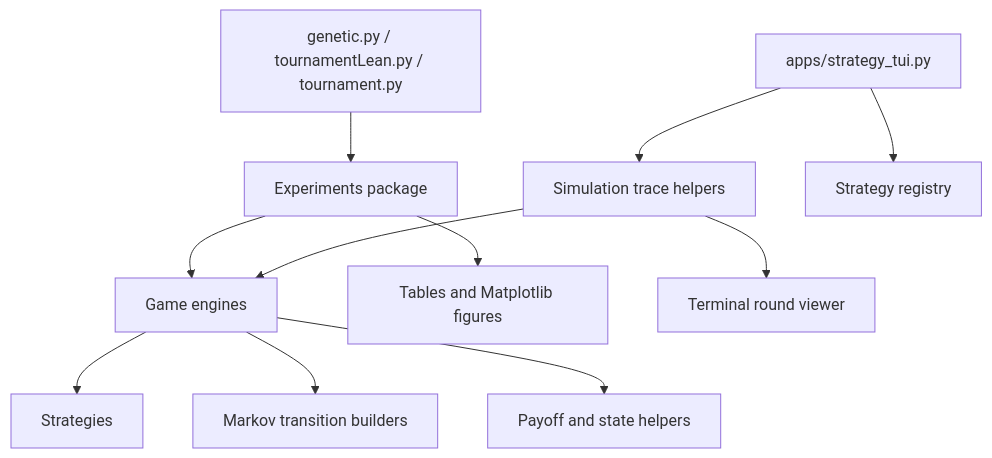
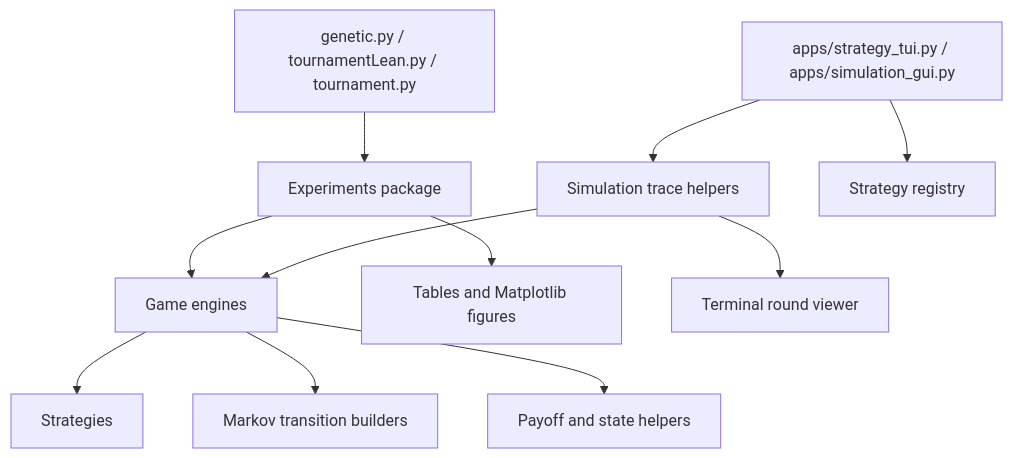
Before and after one commit to joshuachuaaa/Dilemma-Dynamics: the first of 2 diagrams in README.md, drawn with Mermaid. The commit also changed other lines of this file and 2 other files, not shown here.

Commit message:
feat: add lightweight simulation gui

````diff
--- a/README.md
+++ b/README.md
@@ -41,13 +41,13 @@
 ```mermaid
 flowchart TB
     Scripts["genetic.py / tournamentLean.py / tournament.py"] --> Experiments["Experiments package"]
-    Apps["apps/strategy_tui.py"] --> Simulation["Simulation trace helpers"]
+    Apps["apps/strategy_tui.py / apps/simulation_gui.py"] --> Simulation["Simulation trace helpers"]
     Apps --> Registry["Strategy registry"]
     Experiments --> Game["Game engines"]
     Simulation --> Game
     Game --> Strategies["Strategies"]
     Game --> Markov["Markov transition builders"]
     Game --> Utils["Payoff and state helpers"]
     Experiments --> Figures["Tables and Matplotlib figures"]
     Simulation --> Terminal["Terminal round viewer"]
 ```
````
